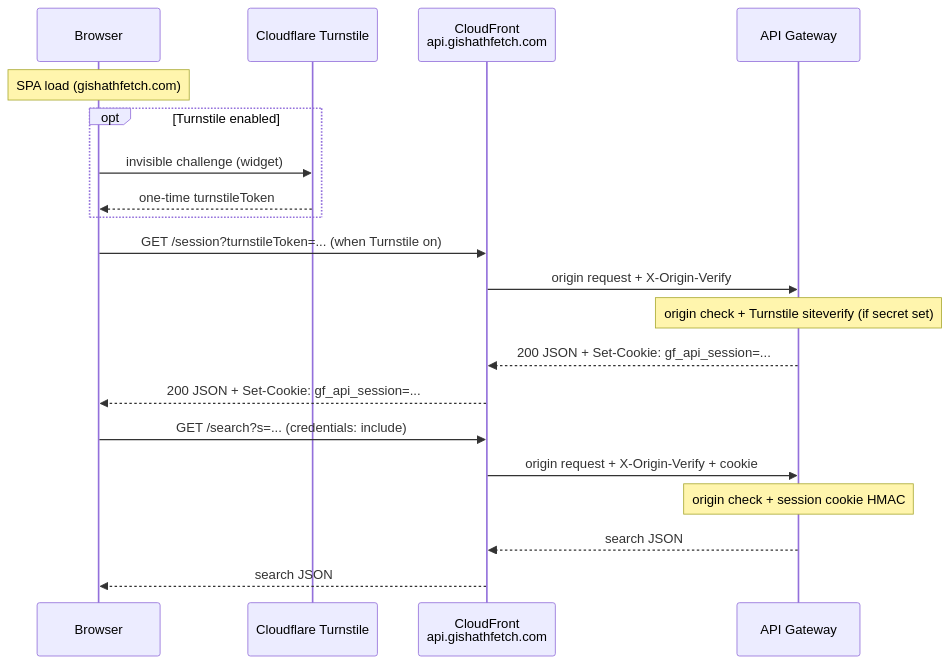
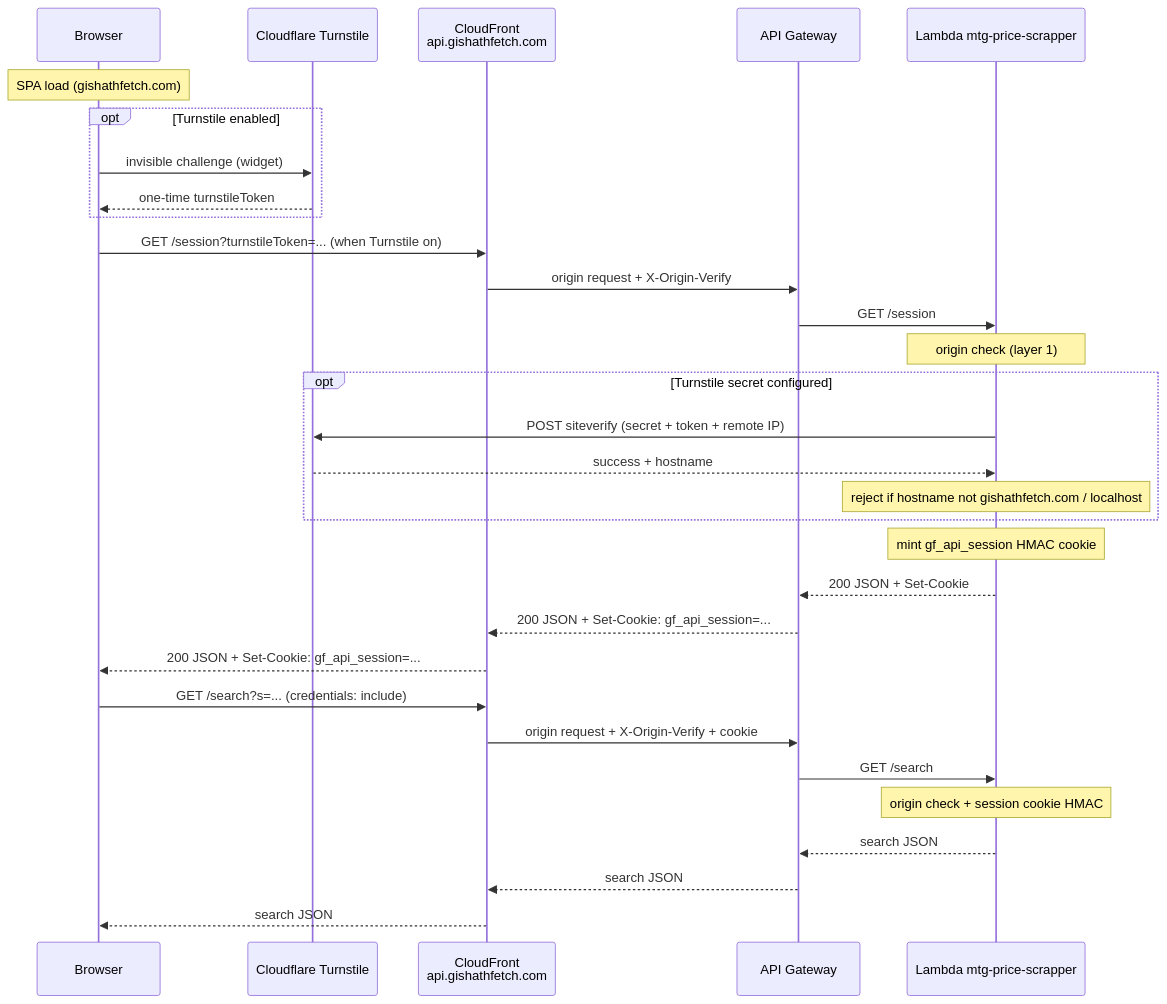
The diagram in docs/api-abuse-mitigation.md (xenodus/gishathfetch), drawn with Mermaid before and after one commit. The commit also changed other lines of this file and 1 other file, not shown here.

Commit message:
Clarify backend Turnstile verification in docs and diagrams

````diff
--- a/docs/api-abuse-mitigation.md
+++ b/docs/api-abuse-mitigation.md
@@ -26,23 +26,34 @@
 ```mermaid
 sequenceDiagram
     participant U as Browser
     participant TS as Cloudflare Turnstile
     participant CF as CloudFront<br/>api.gishathfetch.com
     participant API as API Gateway
+    participant L as Lambda mtg-price-scrapper
 
     Note over U: SPA load (gishathfetch.com)
     opt Turnstile enabled
         U->>TS: invisible challenge (widget)
         TS-->>U: one-time turnstileToken
     end
     U->>CF: GET /session?turnstileToken=... (when Turnstile on)
     CF->>API: origin request + X-Origin-Verify
-    Note over API: origin check + Turnstile siteverify (if secret set)
+    API->>L: GET /session
+    Note over L: origin check (layer 1)
+    opt Turnstile secret configured
+        L->>TS: POST siteverify (secret + token + remote IP)
+        TS-->>L: success + hostname
+        Note over L: reject if hostname not gishathfetch.com / localhost
+    end
+    Note over L: mint gf_api_session HMAC cookie
+    L-->>API: 200 JSON + Set-Cookie
     API-->>CF: 200 JSON + Set-Cookie: gf_api_session=...
     CF-->>U: 200 JSON + Set-Cookie: gf_api_session=...
     U->>CF: GET /search?s=... (credentials: include)
     CF->>API: origin request + X-Origin-Verify + cookie
-    Note over API: origin check + session cookie HMAC
+    API->>L: GET /search
+    Note over L: origin check + session cookie HMAC
+    L-->>API: search JSON
     API-->>CF: search JSON
     CF-->>U: search JSON
 ```
````
